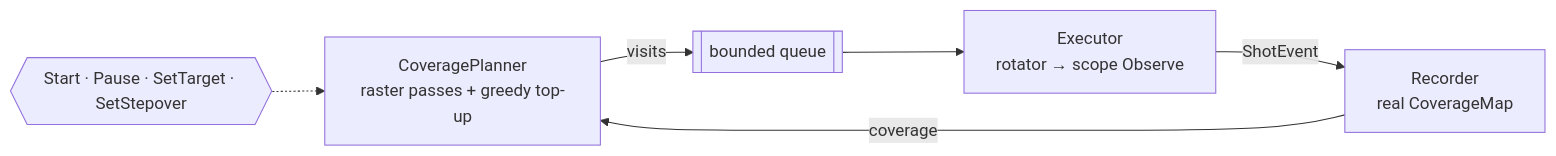
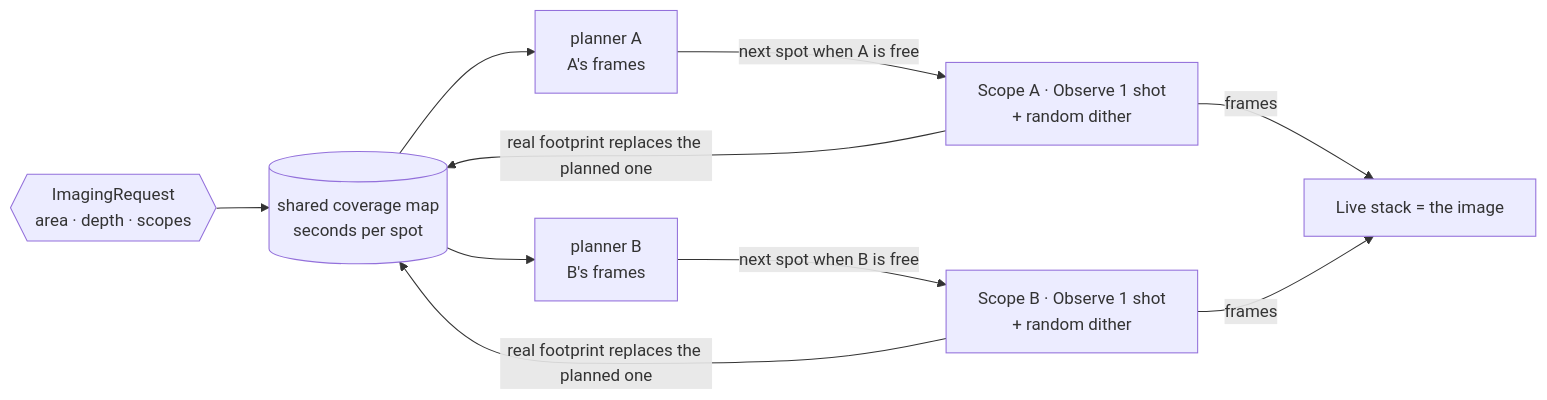
Before and after one commit to UltraGeekDEV/ELink-Astro: the sixth of 9 diagrams in docs/development.md, drawn with Mermaid. The commit also changed other lines of this file and 27 other files, not shown here.

````diff
--- a/docs/development.md
+++ b/docs/development.md
@@ -192,8 +192,9 @@
 ```mermaid
 flowchart LR
-    Planner[CoveragePlanner<br/>raster passes + greedy top-up] -->|visits| Q[[bounded queue]]
-    Q --> Exec[Executor<br/>rotator → scope Observe]
-    Exec -->|ShotEvent| Rec[Recorder<br/>real CoverageMap]
-    Rec -->|coverage| Planner
-    API{{Start · Pause · SetTarget · SetStepover}} -.-> Planner
+    R{{ImagingRequest<br/>area · depth · scopes}} --> M[(shared coverage map<br/>seconds per spot)]
+    M --> PA[planner A<br/>A's frames] & PB[planner B<br/>B's frames]
+    PA -->|next spot when A is free| A[Scope A · Observe 1 shot<br/>+ random dither]
+    PB -->|next spot when B is free| B[Scope B · Observe 1 shot<br/>+ random dither]
+    A & B -->|real footprint replaces the planned one| M
+    A & B -->|frames| L[Live stack = the image]
 ```
````
